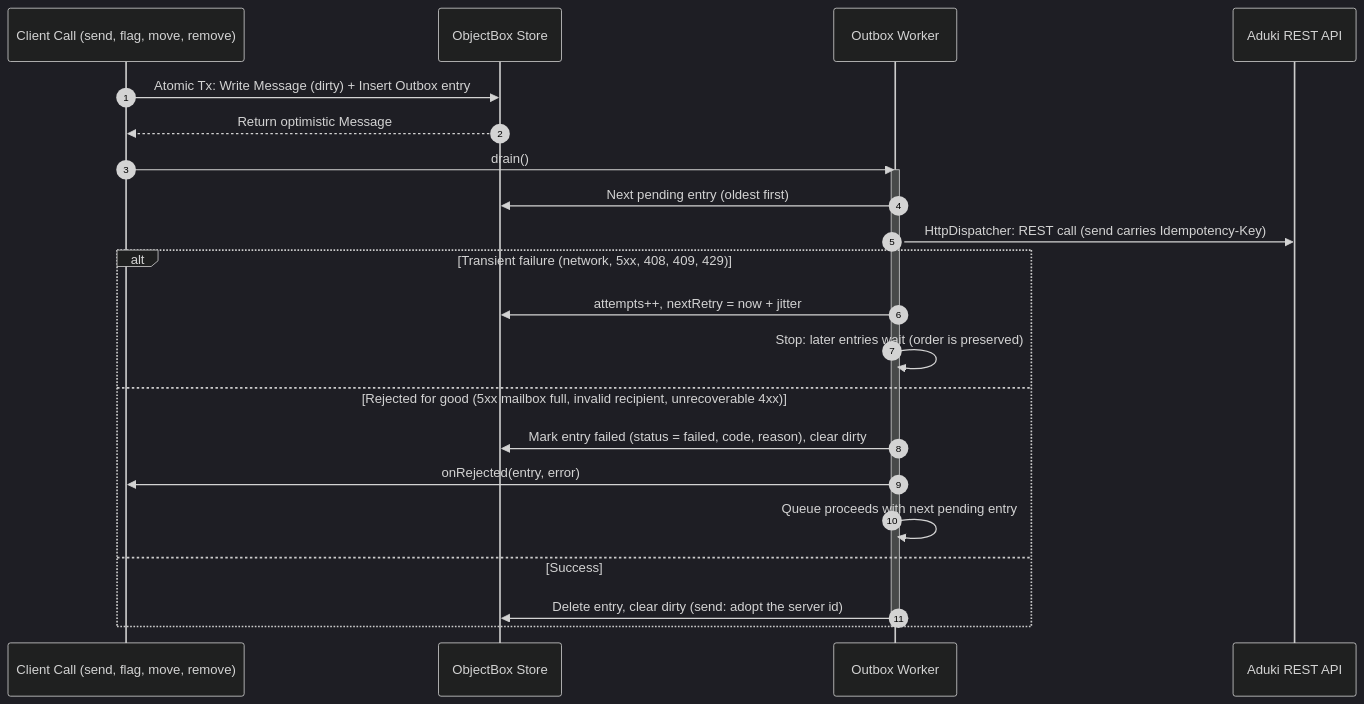
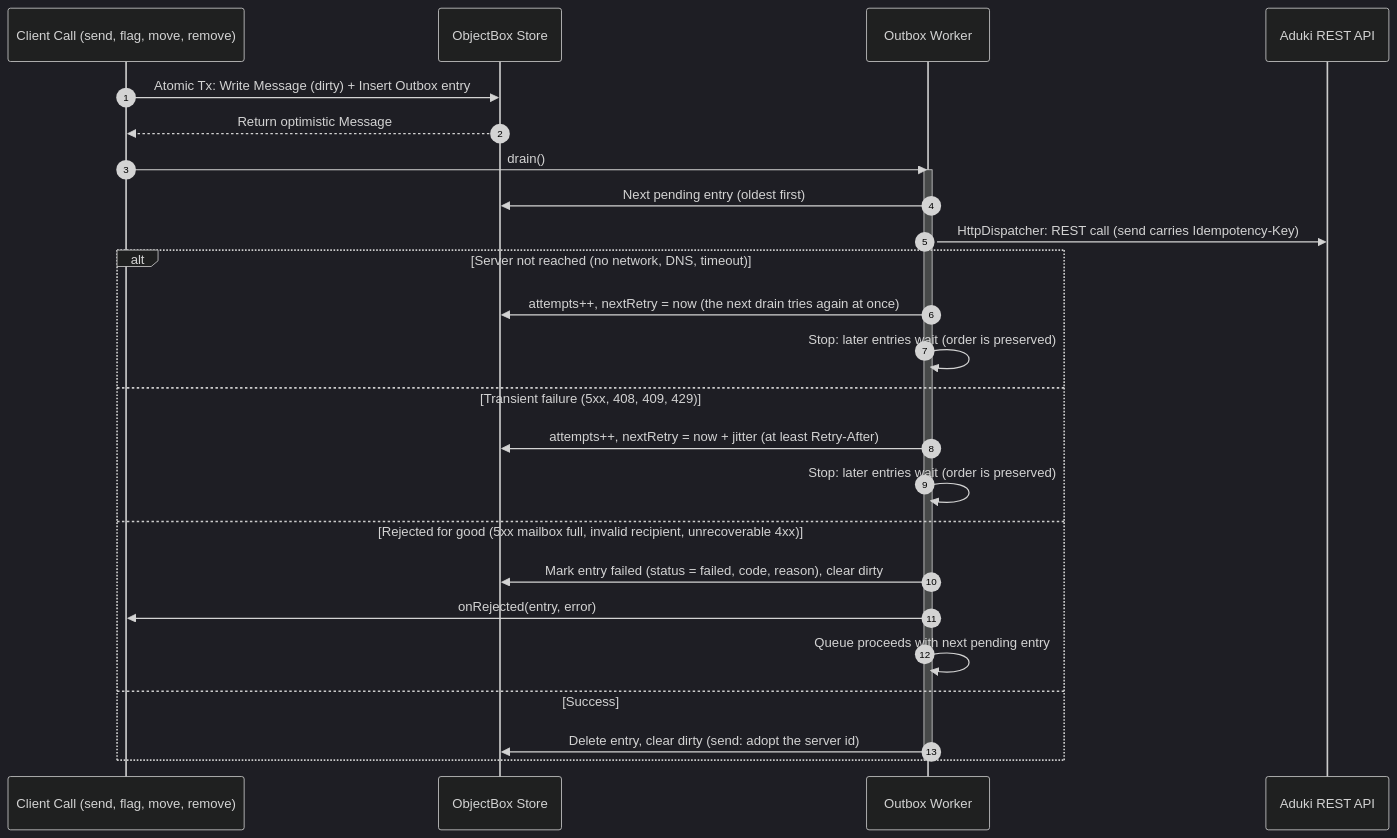
Before and after one commit to adukilabs/aduki-kt: the diagram in docs/services/outbox.md, drawn with Mermaid (dark theme). The commit also changed 3 other files, not shown here.

First line of the commit message:
Outbox: no backoff when the server was not reached

````diff
--- a/docs/services/outbox.md
+++ b/docs/services/outbox.md
@@ -9,26 +9,29 @@
 ```mermaid
 sequenceDiagram
     autonumber
     participant App as Client Call (send, flag, move, remove)
     participant Store as ObjectBox Store
     participant Worker as Outbox Worker
     participant Server as Aduki REST API
 
     App->>Store: Atomic Tx: Write Message (dirty) + Insert Outbox entry
     Store-->>App: Return optimistic Message
     App->>Worker: drain()
     activate Worker
     Worker->>Store: Next pending entry (oldest first)
     Worker->>Server: HttpDispatcher: REST call (send carries Idempotency-Key)
-    alt Transient failure (network, 5xx, 408, 409, 429)
-        Worker->>Store: attempts++, nextRetry = now + jitter
+    alt Server not reached (no network, DNS, timeout)
+        Worker->>Store: attempts++, nextRetry = now (the next drain tries again at once)
+        Worker->>Worker: Stop: later entries wait (order is preserved)
+    else Transient failure (5xx, 408, 409, 429)
+        Worker->>Store: attempts++, nextRetry = now + jitter (at least Retry-After)
         Worker->>Worker: Stop: later entries wait (order is preserved)
     else Rejected for good (5xx mailbox full, invalid recipient, unrecoverable 4xx)
         Worker->>Store: Mark entry failed (status = failed, code, reason), clear dirty
         Worker->>App: onRejected(entry, error)
         Worker->>Worker: Queue proceeds with next pending entry
     else Success
         Worker->>Store: Delete entry, clear dirty (send: adopt the server id)
     end
     deactivate Worker
 ```
````
